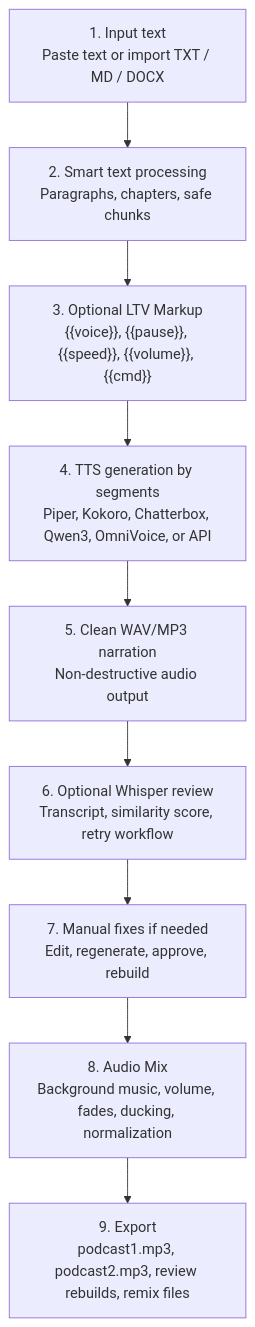
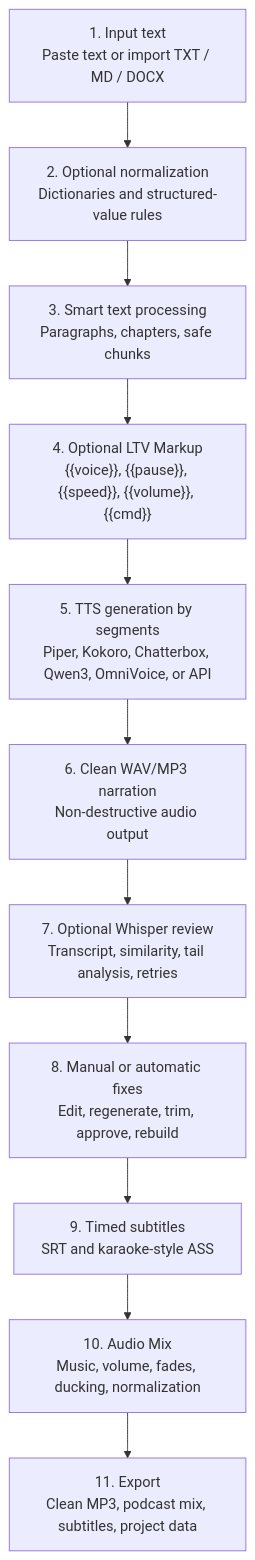
The diagram in README.md (estebanstifli/LocalText2Voice), drawn with Mermaid before and after one commit. The commit also changed other lines of this file and 39 other files, not shown here.

````diff
--- a/README.md
+++ b/README.md
@@ -60,11 +69,13 @@
 ```mermaid
 flowchart TD
-    A["1. Input text<br>Paste text or import TXT / MD / DOCX"] --> B["2. Smart text processing<br>Paragraphs, chapters, safe chunks"]
-    B --> C["3. Optional LTV Markup<br>{{voice}}, {{pause}}, {{speed}}, {{volume}}, {{cmd}}"]
-    C --> D["4. TTS generation by segments<br>Piper, Kokoro, Chatterbox, Qwen3, OmniVoice, or API"]
-    D --> E["5. Clean WAV/MP3 narration<br>Non-destructive audio output"]
-    E --> F["6. Optional Whisper review<br>Transcript, similarity score, retry workflow"]
-    F --> G["7. Manual fixes if needed<br>Edit, regenerate, approve, rebuild"]
-    G --> H["8. Audio Mix<br>Background music, volume, fades, ducking, normalization"]
-    H --> I["9. Export<br>podcast1.mp3, podcast2.mp3, review rebuilds, remix files"]
+    A["1. Input text<br>Paste text or import TXT / MD / DOCX"] --> B["2. Optional normalization<br>Dictionaries and structured-value rules"]
+    B --> C["3. Smart text processing<br>Paragraphs, chapters, safe chunks"]
+    C --> D["4. Optional LTV Markup<br>{{voice}}, {{pause}}, {{speed}}, {{volume}}, {{cmd}}"]
+    D --> E["5. TTS generation by segments<br>Piper, Kokoro, Chatterbox, Qwen3, OmniVoice, or API"]
+    E --> F["6. Clean WAV/MP3 narration<br>Non-destructive audio output"]
+    F --> G["7. Optional Whisper review<br>Transcript, similarity, tail analysis, retries"]
+    G --> H["8. Manual or automatic fixes<br>Edit, regenerate, trim, approve, rebuild"]
+    H --> I["9. Timed subtitles<br>SRT and karaoke-style ASS"]
+    I --> J["10. Audio Mix<br>Music, volume, fades, ducking, normalization"]
+    J --> K["11. Export<br>Clean MP3, podcast mix, subtitles, project data"]
 ```
````
